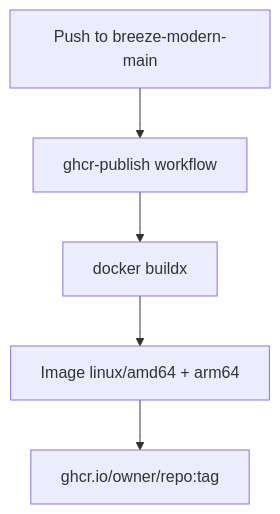
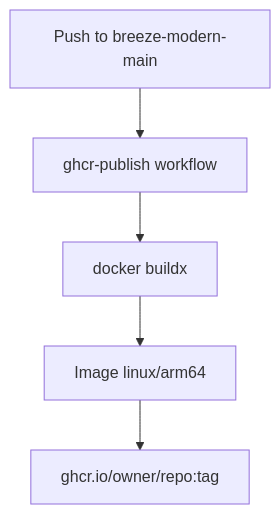
Diagram 15 of 17 in docs/flows.md (AmitMhatre-Code/breeze-core-engine), drawn with Mermaid before and after one commit. The commit also changed other lines of this file and 10 other files, not shown here.

````diff
--- a/docs/flows.md
+++ b/docs/flows.md
@@ -302,7 +299,7 @@
 ```mermaid
 flowchart TB
   PUSH[Push to breeze-modern-main] --> GHA[ghcr-publish workflow]
   GHA --> BDX[docker buildx]
-  BDX --> IM[Image linux/amd64 + arm64]
+  BDX --> IM[Image linux/arm64]
   IM --> GHCR[ghcr.io/owner/repo:tag]
 ```
````
